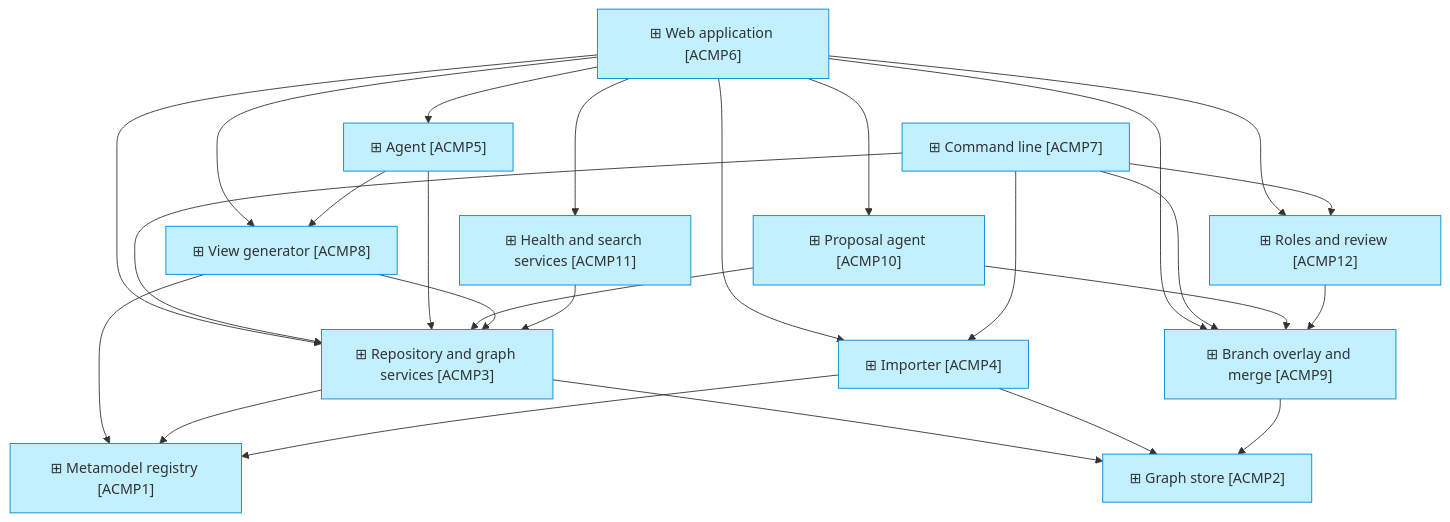
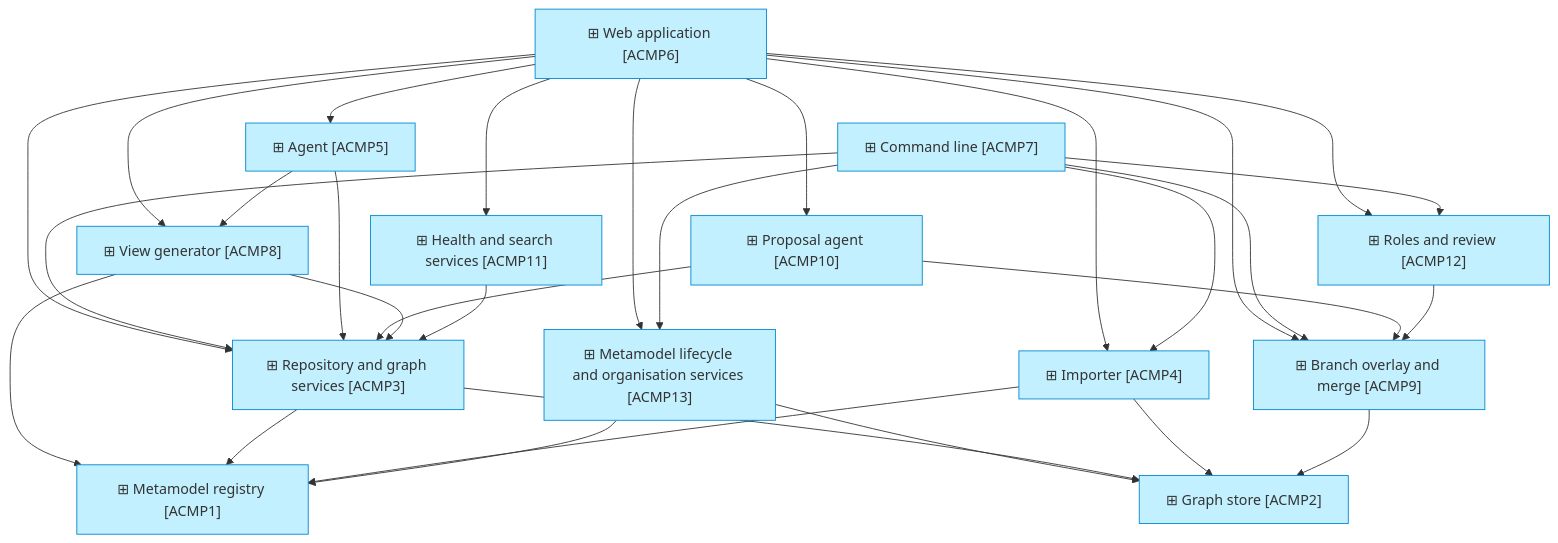
One commit to roanboc/dbx-enterprise-architecture changed the third of 4 diagrams in architecture/4_application/2_application-components.md. Above: the diagram before and after it, drawn with Mermaid. The commit also changed other lines of this file and 91 other files, not shown here.

````diff
--- a/architecture/4_application/2_application-components.md
+++ b/architecture/4_application/2_application-components.md
@@ -44,42 +44,47 @@
 ```mermaid
 flowchart TB
   ui["⊞ Web application [ACMP6]"]:::application
   cli["⊞ Command line [ACMP7]"]:::application
   agent["⊞ Agent [ACMP5]"]:::application
   prop["⊞ Proposal agent [ACMP10]"]:::application
   views["⊞ View generator [ACMP8]"]:::application
   svc["⊞ Repository and graph services [ACMP3]"]:::application
   health["⊞ Health and search services [ACMP11]"]:::application
   roles["⊞ Roles and review [ACMP12]"]:::application
   br["⊞ Branch overlay and merge [ACMP9]"]:::application
   imp["⊞ Importer [ACMP4]"]:::application
   reg["⊞ Metamodel registry [ACMP1]"]:::application
+  meta["⊞ Metamodel lifecycle and organisation services [ACMP13]"]:::application
   store["⊞ Graph store [ACMP2]"]:::application
   ui --> svc
   ui --> imp
   ui --> agent
   ui --> prop
   ui --> views
   ui --> br
   ui --> health
   ui --> roles
+  ui --> meta
   cli --> svc
   cli --> imp
   cli --> br
   cli --> roles
+  cli --> meta
   agent --> svc
   agent --> views
   prop --> svc
   prop --> br
   views --> svc
   views --> reg
   health --> svc
   roles --> br
   svc --> reg
   imp --> reg
+  meta --> reg
+  meta --> store
   svc --> store
   imp --> store
   br --> store
 
   classDef application fill:#c2f0ff,stroke:#0288d1,color:#333
 ```
````
